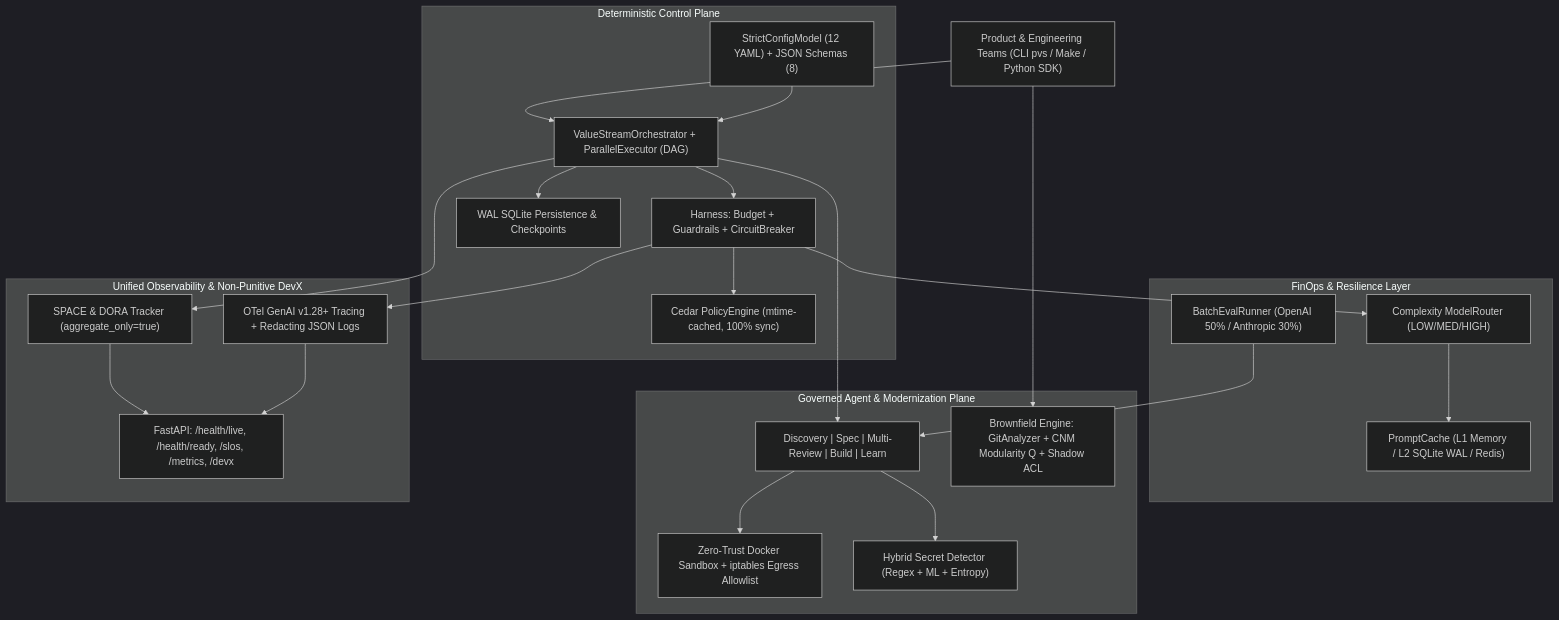
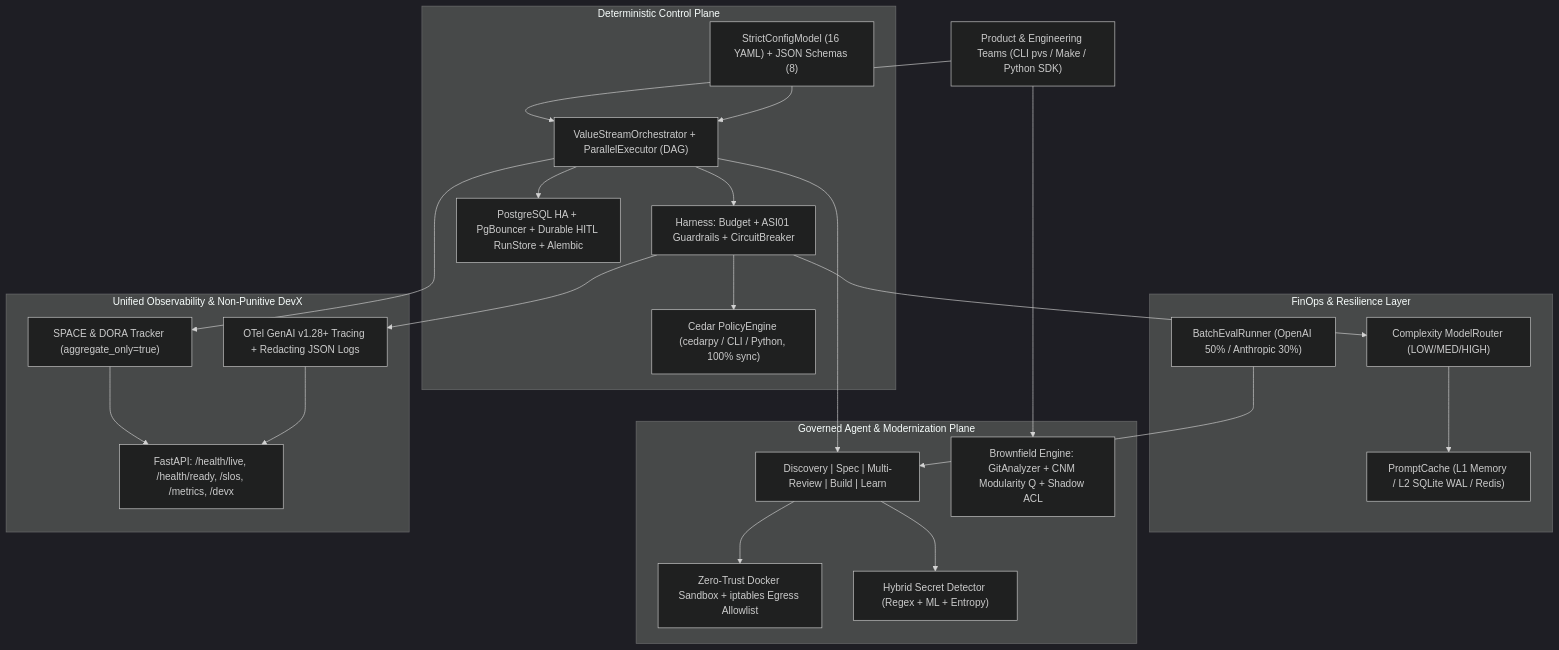
One commit to vfcarida/AI-Native-Product-Value-System changed the diagram in docs/ARCHITECTURE.md. Above: the diagram before and after it, drawn with Mermaid (dark theme). The commit also changed 78 other files, not shown here.

````diff
--- a/docs/ARCHITECTURE.md
+++ b/docs/ARCHITECTURE.md
@@ -18,48 +18,48 @@
 ```mermaid
 flowchart TB
     User["Product & Engineering Teams (CLI pvs / Make / Python SDK)"]
 
     subgraph ControlPlane["Deterministic Control Plane"]
         Orch["ValueStreamOrchestrator + ParallelExecutor (DAG)"]
-        Contracts["StrictConfigModel (12 YAML) + JSON Schemas (8)"]
-        Harness["Harness: Budget + Guardrails + CircuitBreaker"]
-        Policy["Cedar PolicyEngine (mtime-cached, 100% sync)"]
-        Persist["WAL SQLite Persistence & Checkpoints"]
+        Contracts["StrictConfigModel (16 YAML) + JSON Schemas (8)"]
+        Harness["Harness: Budget + ASI01 Guardrails + CircuitBreaker"]
+        Policy["Cedar PolicyEngine (cedarpy / CLI / Python, 100% sync)"]
+        Persist["PostgreSQL HA + PgBouncer + Durable HITL RunStore + Alembic"]
     end
 
     subgraph FinOps["FinOps & Resilience Layer"]
         Router["Complexity ModelRouter (LOW/MED/HIGH)"]
         Cache["PromptCache (L1 Memory / L2 SQLite WAL / Redis)"]
         Batch["BatchEvalRunner (OpenAI 50% / Anthropic 30%)"]
     end
 
     subgraph ExecutionPlane["Governed Agent & Modernization Plane"]
         Agents["Discovery | Spec | Multi-Review | Build | Learn"]
         Brownfield["Brownfield Engine: GitAnalyzer + CNM Modularity Q + Shadow ACL"]
         Sandbox["Zero-Trust Docker Sandbox + iptables Egress Allowlist"]
         SecretScan["Hybrid Secret Detector (Regex + ML + Entropy)"]
     end
 
     subgraph Telemetry["Unified Observability & Non-Punitive DevX"]
         OTel["OTel GenAI v1.28+ Tracing + Redacting JSON Logs"]
         API["FastAPI: /health/live, /health/ready, /slos, /metrics, /devx"]
         DevX["SPACE & DORA Tracker (aggregate_only=true)"]
     end
 
     User --> Orch
     Contracts --> Orch
     Orch --> Harness
     Harness --> Policy
     Harness --> Router
     Router --> Cache
     Orch --> Agents
     Orch --> Persist
     Agents --> Sandbox
     Agents --> SecretScan
     User --> Brownfield
     Batch --> Agents
     Harness --> OTel
     Orch --> DevX
     DevX --> API
     OTel --> API
 ```
````
